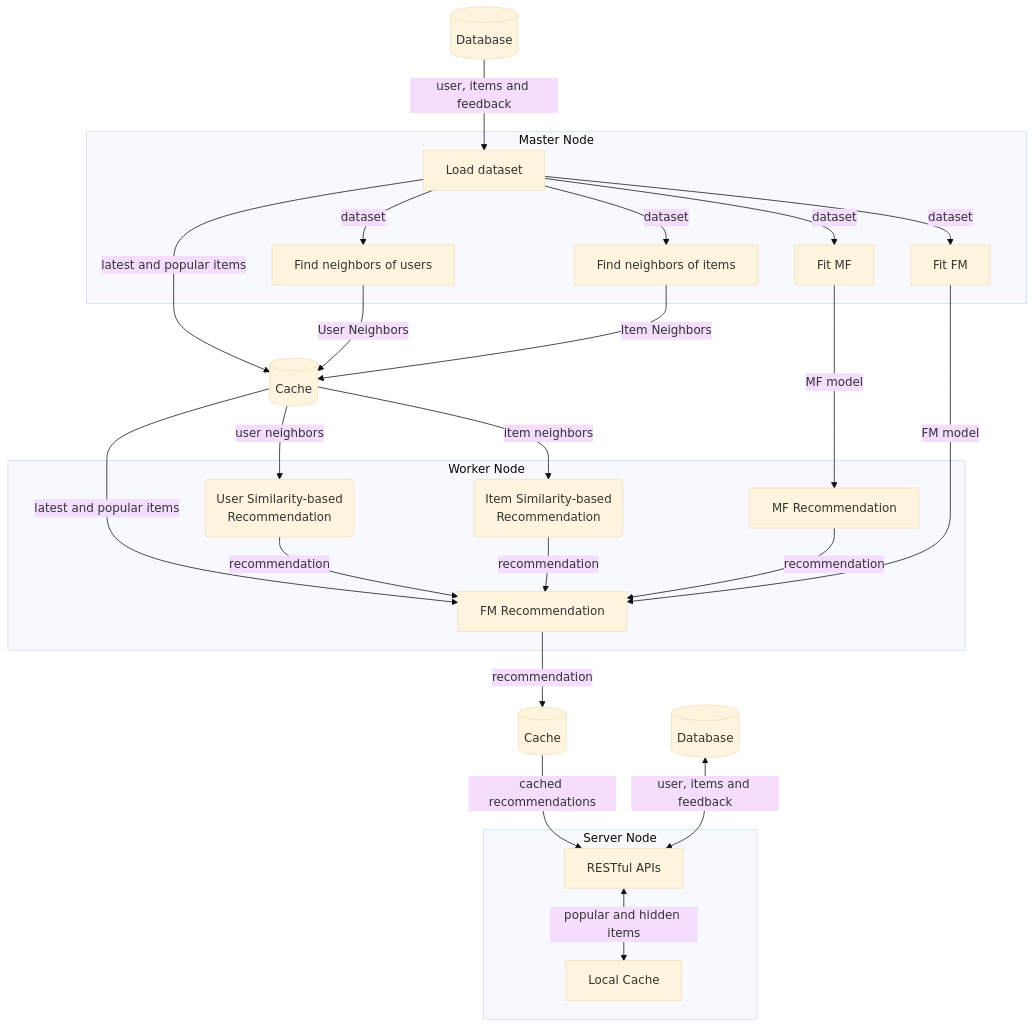
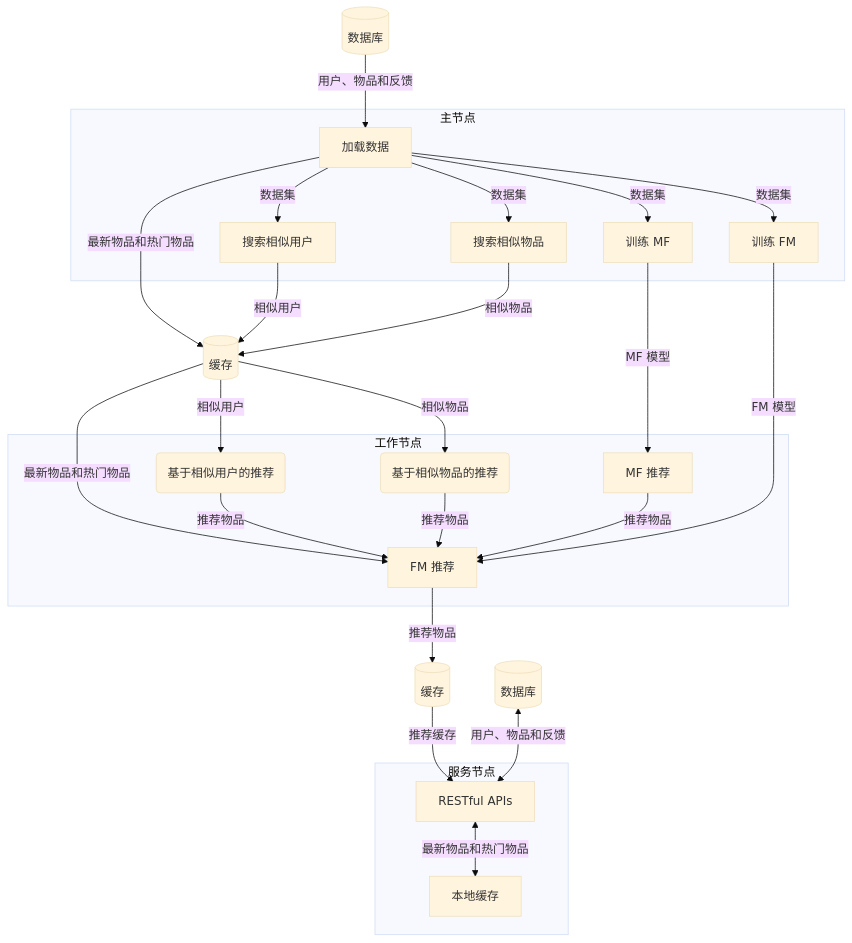
One commit to gorse-io/docs changed the first of 5 diagrams in src/zh/docs/concepts/how-it-works.md. Above: the diagram before and after it, drawn with Mermaid (base theme). The commit also changed other lines of this file, not shown here.

````diff
--- a/src/zh/docs/concepts/how-it-works.md
+++ b/src/zh/docs/concepts/how-it-works.md
@@ -9,31 +9,31 @@
 ```mermaid
 flowchart TD
-    database[(Database)]--user, items and feedback-->load[Load dataset]
-    load--latest and popular items-->cache[(Cache)]
-    find_users--User Neighbors-->cache
-    find_items--Item Neighbors-->cache
-    subgraph Master Node
-        load--dataset-->find_users[Find neighbors of users]
-        load--dataset-->find_items[Find neighbors of items]
-        load--dataset-->fit_mf[Fit MF]
-        load--dataset-->fit_fm[Fit FM]
+    database[(数据库)]--用户、物品和反馈-->load[加载数据]
+    load--最新物品和热门物品-->cache[(缓存)]
+    find_users--相似用户-->cache
+    find_items--相似物品-->cache
+    subgraph 主节点
+        load--数据集-->find_users[搜索相似用户]
+        load--数据集-->find_items[搜索相似物品]
+        load--数据集-->fit_mf[训练 MF]
+        load--数据集-->fit_fm[训练 FM]
     end
 
-    cache2--cached recommendations-->api[RESTful APIs]
-    database2[(Database)]<--user, items and feedback-->api
-    subgraph Server Node
-        api<--popular and hidden items-->local_cache[Local Cache]
+    cache2--推荐缓存-->api[RESTful APIs]
+    database2[(数据库)]<--用户、物品和反馈-->api
+    subgraph 服务节点
+        api<--最新物品和热门物品-->local_cache[本地缓存]
     end
 
-    cache--user neighbors-->user_based(User Similarity-based\nRecommendation)
-    cache--item neighbors-->item_based(Item Similarity-based\nRecommendation)
-    cache--latest and popular items-->fm_predict
-    fm_predict--recommendation-->cache2[(Cache)]
-    subgraph Worker Node
-        user_based--recommendation-->fm_predict
-        item_based--recommendation-->fm_predict
-        mf_predict--recommendation-->fm_predict
-        fit_mf--MF model-->mf_predict[MF Recommendation]
-        fit_fm--FM model-->fm_predict[FM Recommendation]
+    cache--相似用户-->user_based(基于相似用户的推荐)
+    cache--相似物品-->item_based(基于相似物品的推荐)
+    cache--最新物品和热门物品-->fm_predict
+    fm_predict--推荐物品-->cache2[(缓存)]
+    subgraph 工作节点
+        user_based--推荐物品-->fm_predict
+        item_based--推荐物品-->fm_predict
+        mf_predict--推荐物品-->fm_predict
+        fit_mf--MF 模型-->mf_predict[MF 推荐]
+        fit_fm--FM 模型-->fm_predict[FM 推荐]
     end
 ```
````
